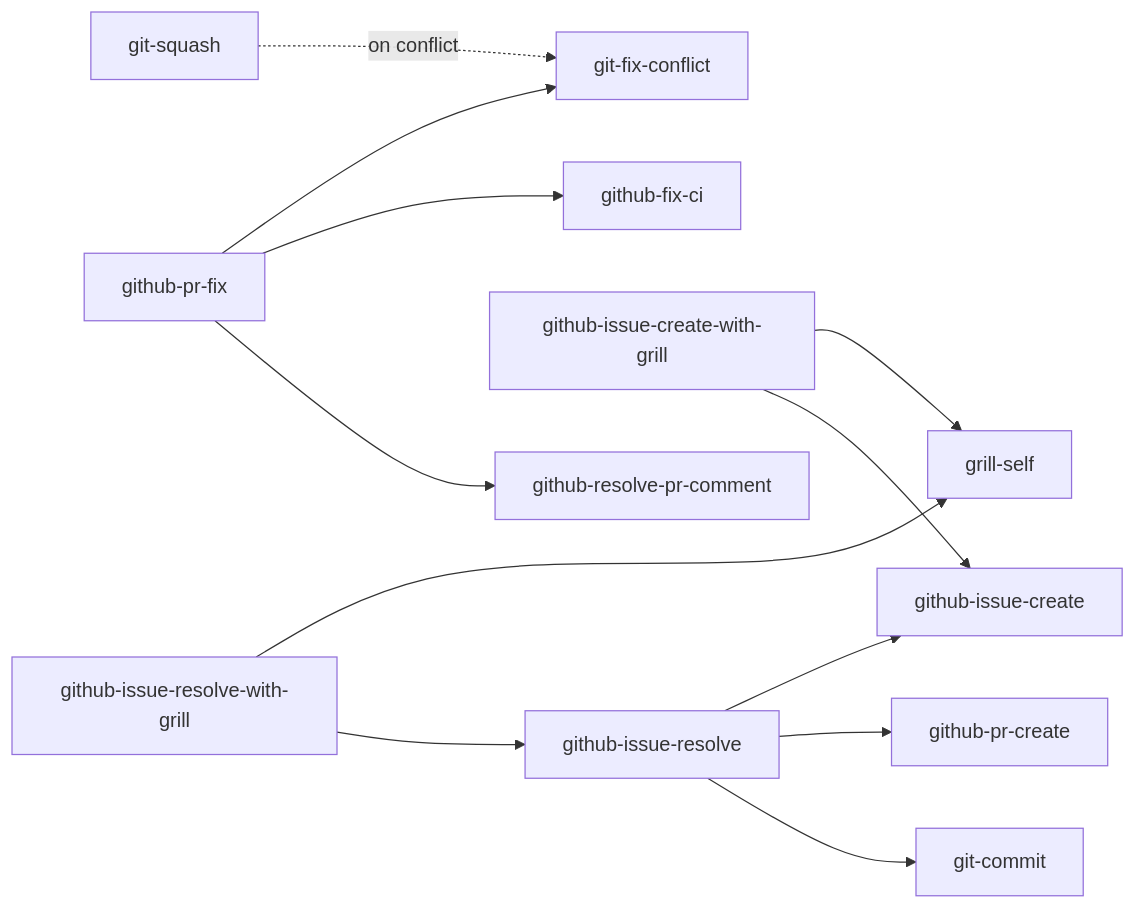
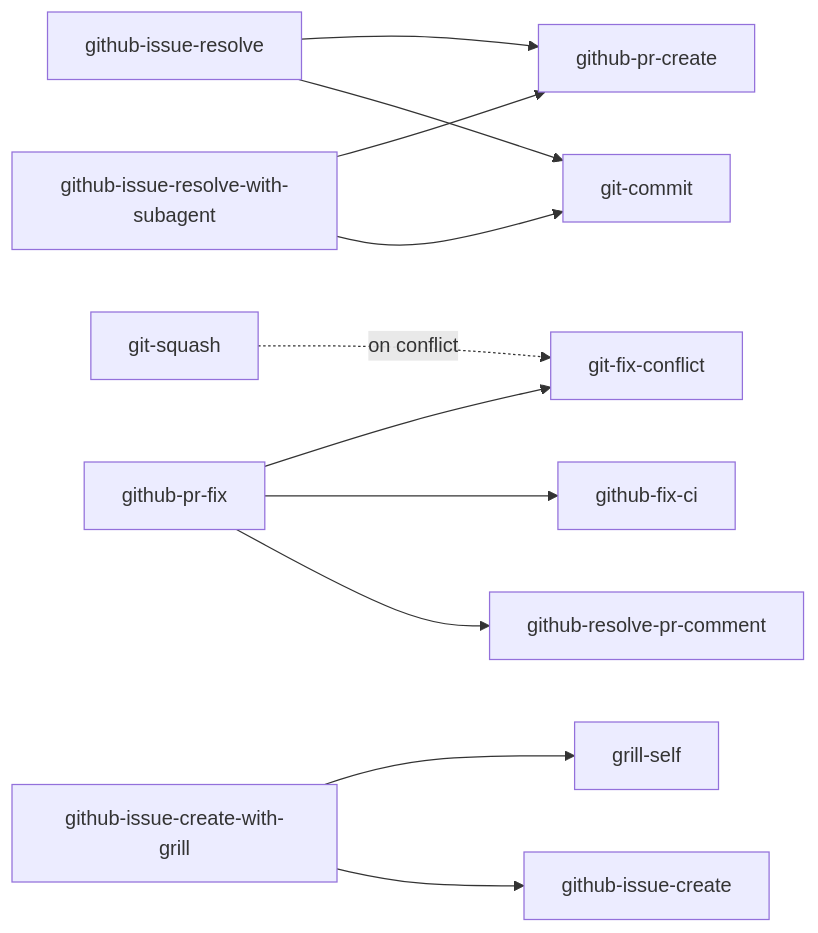
One commit to mjun0812/dotfiles changed the diagram in doc/skills.md. Above: the diagram before and after it, drawn with Mermaid. The commit also changed other lines of this file and 8 other files, not shown here.

First line of the commit message:
refactor(skills): github-issue-resolve-with-subagentの自律実行化とPR運用ルール整備 (#23)

````diff
--- a/doc/skills.md
+++ b/doc/skills.md
@@ -100,18 +100,17 @@
 ```mermaid
 graph LR
     git-squash -. on conflict .-> git-fix-conflict
 
-    github-issue-resolve --> github-issue-create
     github-issue-resolve --> github-pr-create
     github-issue-resolve --> git-commit
 
+    github-issue-resolve-with-subagent --> github-pr-create
+    github-issue-resolve-with-subagent --> git-commit
+
     github-issue-create-with-grill --> grill-self
     github-issue-create-with-grill --> github-issue-create
-
-    github-issue-resolve-with-grill --> grill-self
-    github-issue-resolve-with-grill --> github-issue-resolve
 
     github-pr-fix --> git-fix-conflict
     github-pr-fix --> github-fix-ci
     github-pr-fix --> github-resolve-pr-comment
 ```
````
